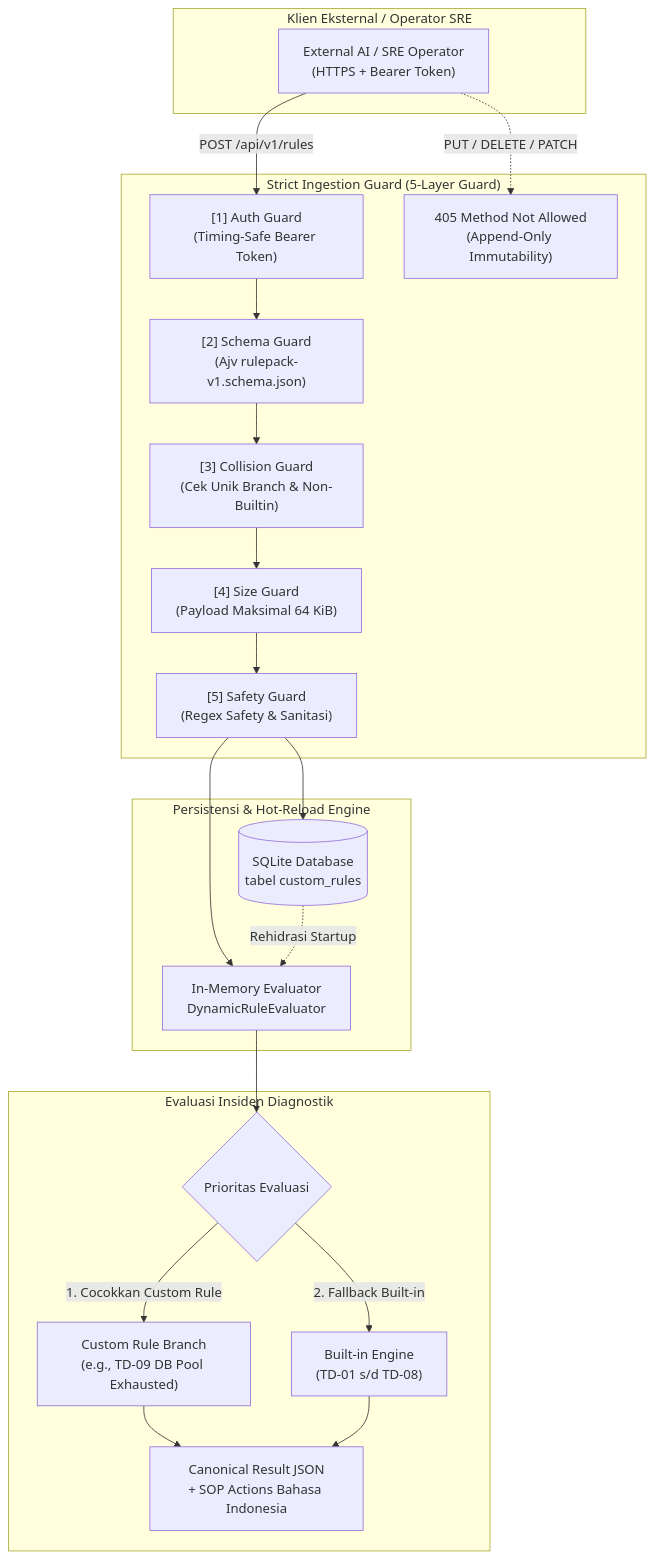
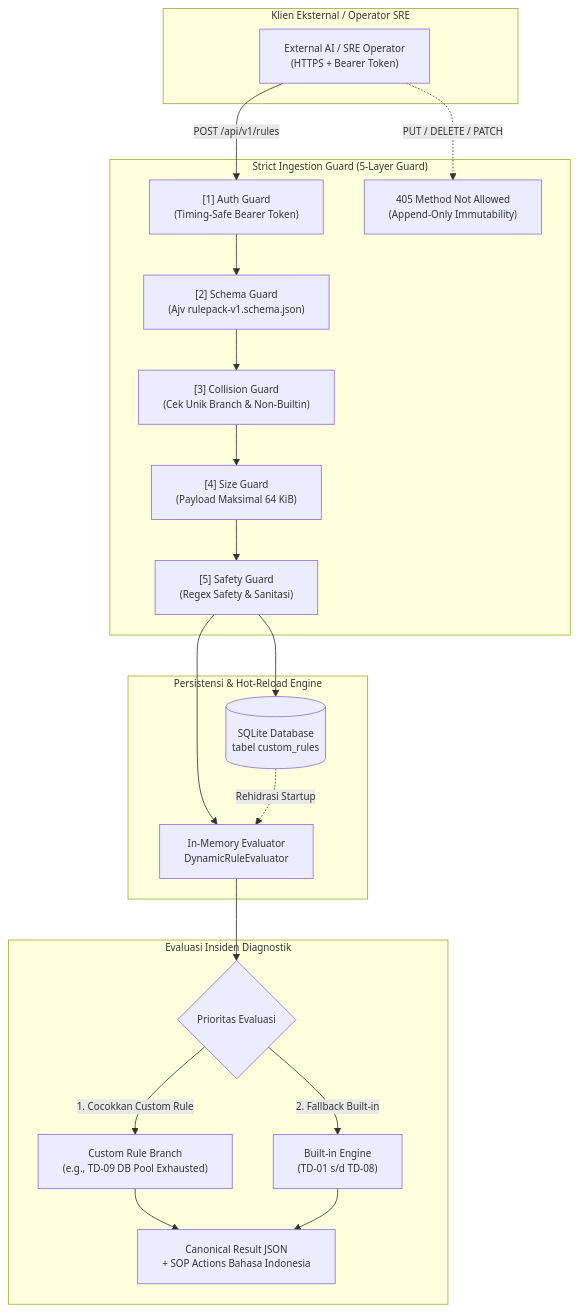
Before and after one commit to edkas07-oss/devops-handbook: the second of 3 diagrams in docs/projects/tomcat-monitoring/engineering-journal/diagnostic-mvp-pilot/TN-018-implement-strict-declarative-rulepack-engine.md, drawn with Mermaid. The commit also changed other lines of this file and 2 other files, not shown here.

Commit message:
docs(tomcat-monitoring): standardize TN-018..TN-020 with three-pillar objectives, Mermaid diagrams, and layered manifests

````diff
--- a/docs/projects/tomcat-monitoring/engineering-journal/diagnostic-mvp-pilot/TN-018-implement-strict-declarative-rulepack-engine.md
+++ b/docs/projects/tomcat-monitoring/engineering-journal/diagnostic-mvp-pilot/TN-018-implement-strict-declarative-rulepack-engine.md
@@ -62,29 +158,30 @@
 ```mermaid
+%%{init: {'themeVariables': { 'fontSize': '12px' }}}%%
 flowchart TD
     subgraph Client_Boundary ["Klien Eksternal / Operator SRE"]
         A["External AI / SRE Operator<br/>(HTTPS + Bearer Token)"]
     end
 
     subgraph Ingestion_Boundary ["Strict Ingestion Guard (5-Layer Guard)"]
         A -->|"POST /api/v1/rules"| G1["[1] Auth Guard<br/>(Timing-Safe Bearer Token)"]
         G1 --> G2["[2] Schema Guard<br/>(Ajv rulepack-v1.schema.json)"]
         G2 --> G3["[3] Collision Guard<br/>(Cek Unik Branch & Non-Builtin)"]
         G3 --> G4["[4] Size Guard<br/>(Payload Maksimal 64 KiB)"]
         G4 --> G5["[5] Safety Guard<br/>(Regex Safety & Sanitasi)"]
 
         A -.->|"PUT / DELETE / PATCH"| R405["405 Method Not Allowed<br/>(Append-Only Immutability)"]
     end
 
     subgraph Persistence_and_Memory ["Persistensi & Hot-Reload Engine"]
         G5 --> DB[("SQLite Database<br/>tabel custom_rules")]
         G5 --> MEM["In-Memory Evaluator<br/>DynamicRuleEvaluator"]
         DB -.->|"Rehidrasi Startup"| MEM
     end
 
     subgraph Evaluation_Flow ["Evaluasi Insiden Diagnostik"]
         MEM --> EVAL{"Prioritas Evaluasi"}
         EVAL -->|"1. Cocokkan Custom Rule"| CR["Custom Rule Branch<br/>(e.g., TD-09 DB Pool Exhausted)"]
         EVAL -->|"2. Fallback Built-in"| BI["Built-in Engine<br/>(TD-01 s/d TD-08)"]
         CR & BI --> RES["Canonical Result JSON<br/>+ SOP Actions Bahasa Indonesia"]
     end
 ```
````
